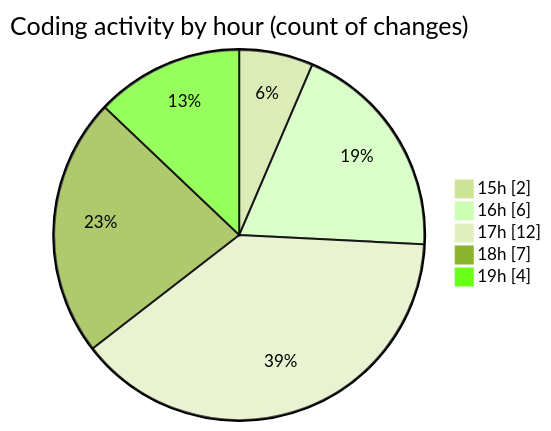
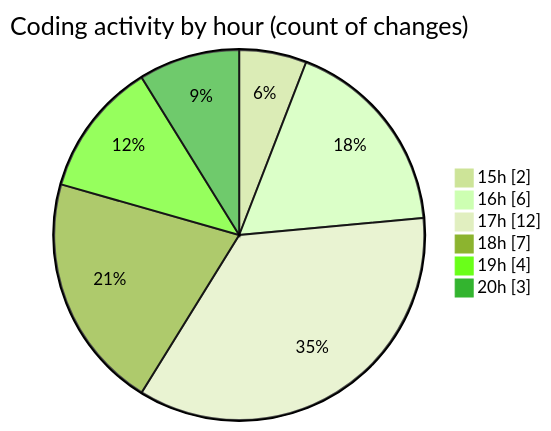
The second of 2 diagrams in 2026-04-21/ise-web-ofcom/README.md (momahboobian/code-tracking), drawn with Mermaid (forest theme) before and after one commit. The commit also changed other lines of this file and 1 other file, not shown here.

````diff
--- a/2026-04-21/ise-web-ofcom/README.md
+++ b/2026-04-21/ise-web-ofcom/README.md
@@ -39,9 +40,10 @@
 ```mermaid
 pie showData
 title Coding activity by hour (count of changes)
 "15h" : 2
 "16h" : 6
 "17h" : 12
 "18h" : 7
 "19h" : 4
+"20h" : 3
 ```
````
